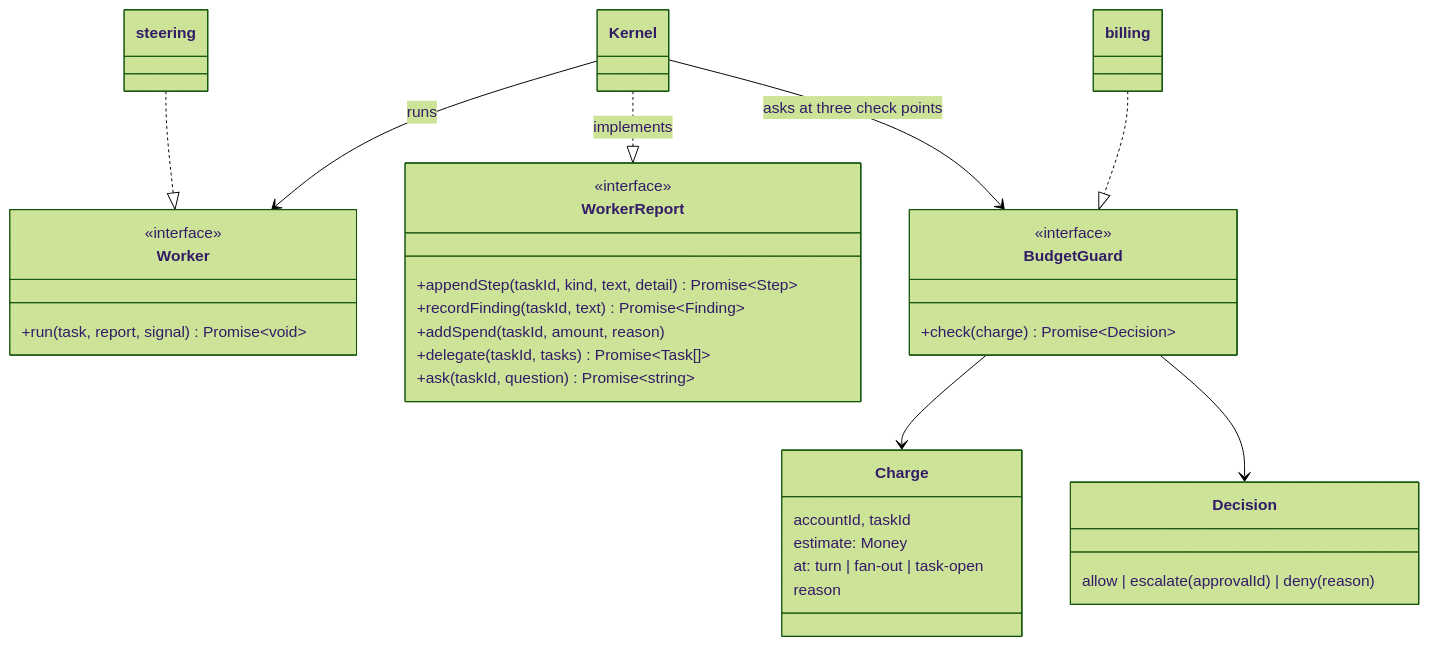
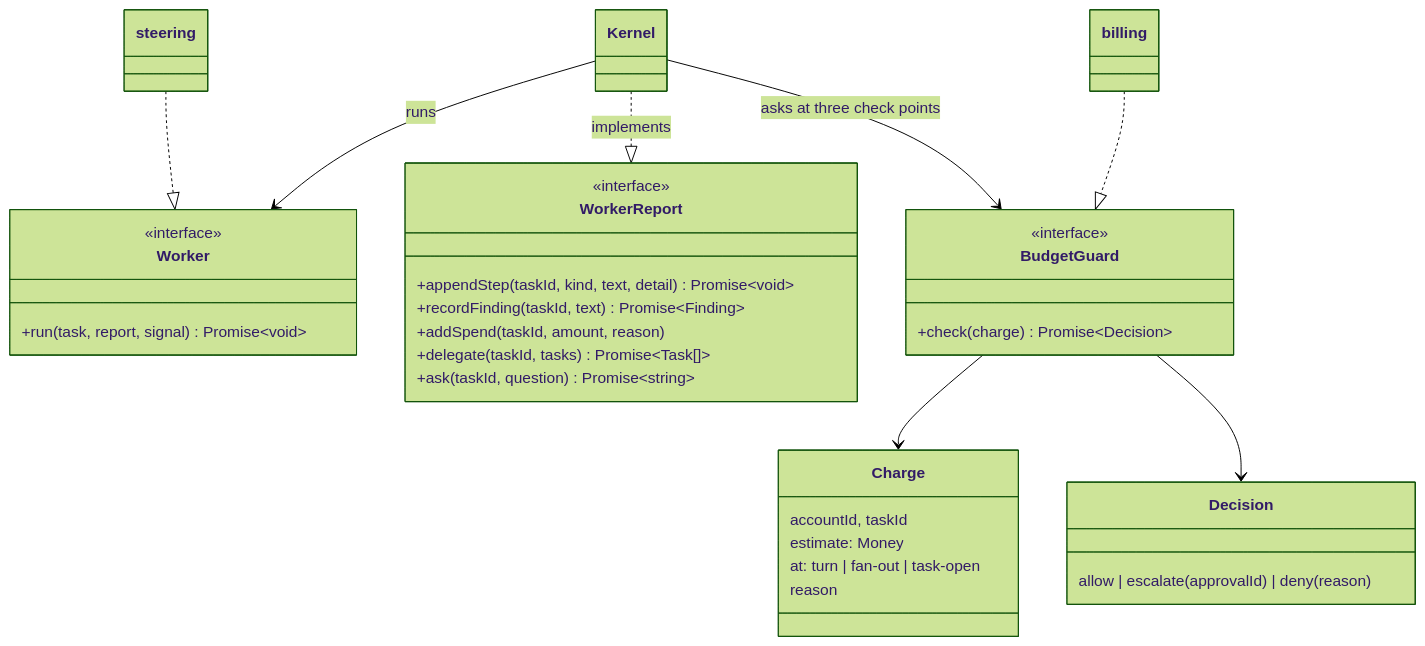
The seventh of 15 diagrams in docs/ARCHITECTURE.md (ziyangliu-666/lumen-next), drawn with Mermaid (forest theme) before and after one commit. The commit also changed 12 other files, not shown here.

````diff
--- a/docs/ARCHITECTURE.md
+++ b/docs/ARCHITECTURE.md
@@ -384,35 +384,35 @@
 ```mermaid
 classDiagram
   class Worker {
     <<interface>>
     +run(task, report, signal) Promise~void~
   }
   class WorkerReport {
     <<interface>>
-    +appendStep(taskId, kind, text, detail) Promise~Step~
+    +appendStep(taskId, kind, text, detail) Promise~void~
     +recordFinding(taskId, text) Promise~Finding~
     +addSpend(taskId, amount, reason)
     +delegate(taskId, tasks) Promise~Task[]~
     +ask(taskId, question) Promise~string~
   }
   class BudgetGuard {
     <<interface>>
     +check(charge) Promise~Decision~
   }
   class Charge {
     accountId, taskId
     estimate: Money
     at: turn | fan-out | task-open
     reason
   }
   class Decision {
     allow | escalate(approvalId) | deny(reason)
   }
   Kernel --> Worker : runs
   Kernel ..|> WorkerReport : implements
   Kernel --> BudgetGuard : asks at three check points
   steering ..|> Worker
   billing ..|> BudgetGuard
   BudgetGuard --> Charge
   BudgetGuard --> Decision
 ```
````
